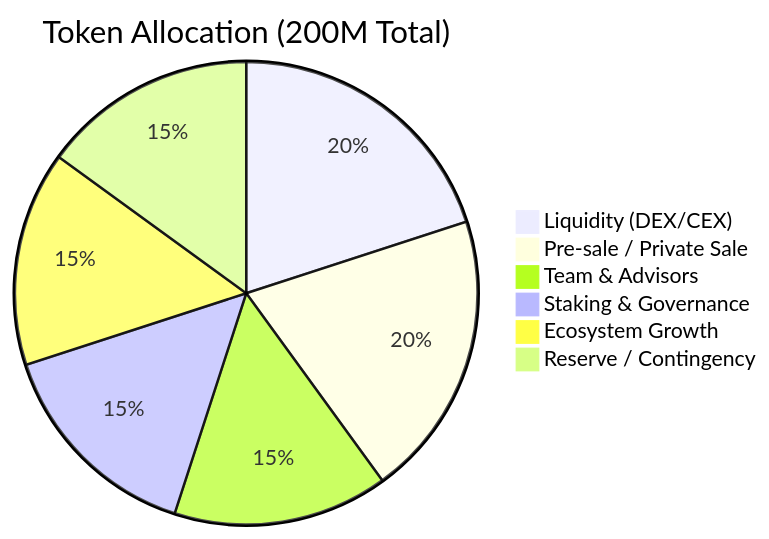
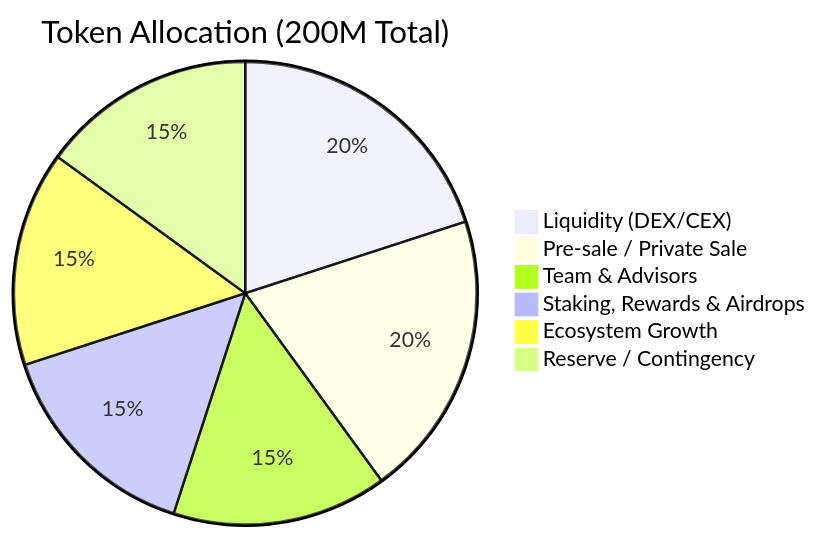
Before and after one commit to Fortis-Ledger/f-docs: the diagram in tokenomics.mdx, drawn with Mermaid. The commit also changed other lines of this file and 1 other file, not shown here.

````diff
--- a/tokenomics.mdx
+++ b/tokenomics.mdx
@@ -33,9 +34,9 @@
 ```mermaid
 pie title Token Allocation (200M Total)
-    "Liquidity (DEX/CEX)" : 20
-    "Pre-sale / Private Sale" : 20
-    "Team & Advisors" : 15
-    "Staking & Governance" : 15
-    "Ecosystem Growth" : 15
-    "Reserve / Contingency" : 15
+    "Liquidity (DEX/CEX)" : 40
+    "Pre-sale / Private Sale" : 40
+    "Team & Advisors" : 30
+    "Staking, Rewards & Airdrops" : 30
+    "Ecosystem Growth" : 30
+    "Reserve / Contingency" : 30
 ```
````
